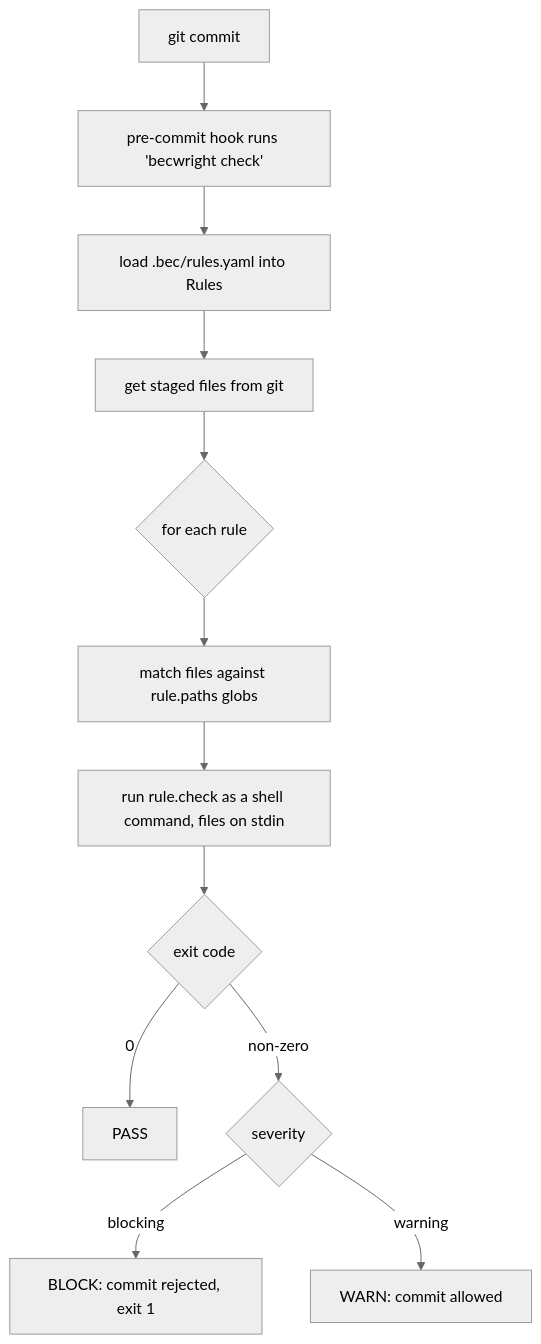
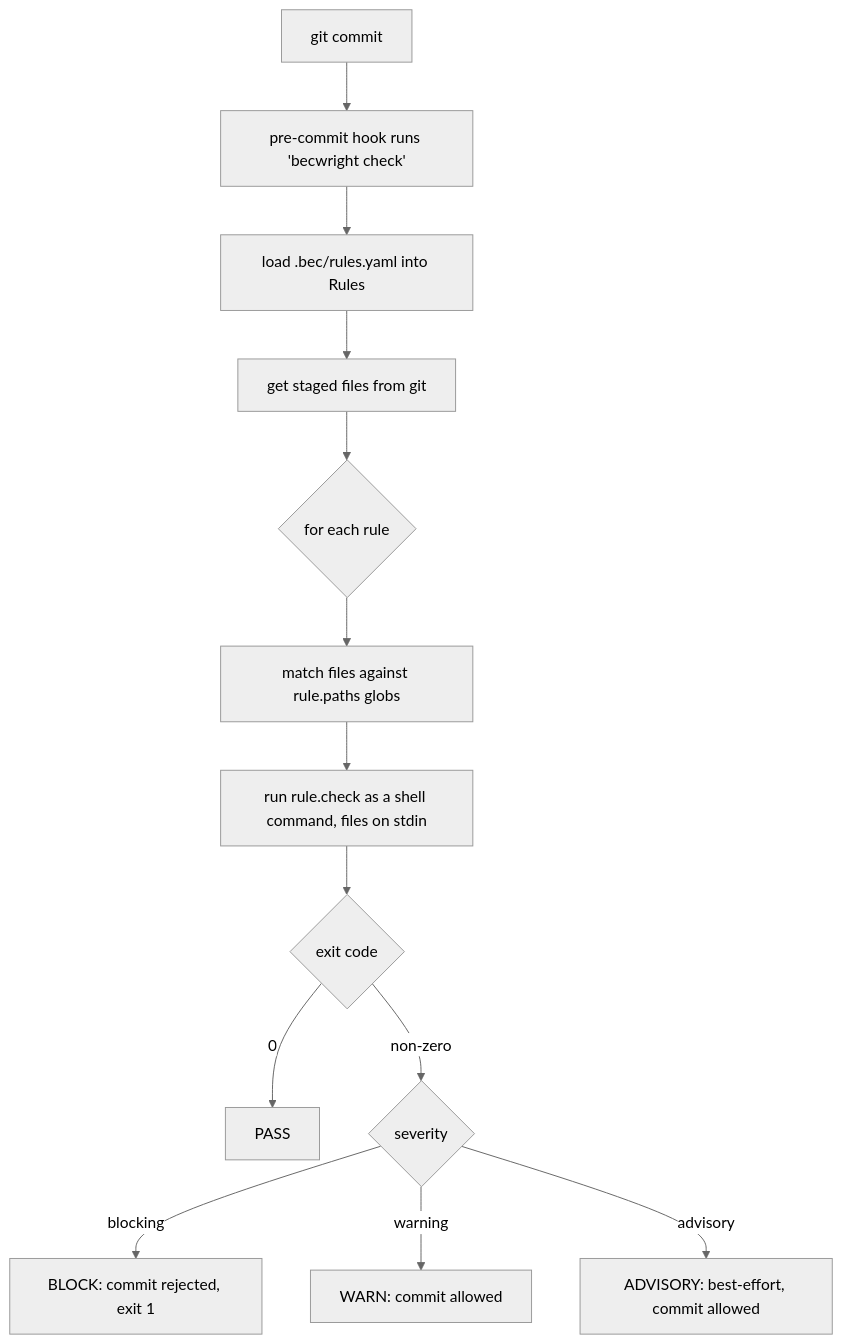
One commit to YasserYG8/becwright changed the diagram in documentation/architecture.md. Above: the diagram before and after it, drawn with Mermaid (neutral theme). The commit also changed other lines of this file and 3 other files, not shown here.

First line of the commit message:
docs: sync writing-checks & architecture with 0.4.0 (#55)

````diff
--- a/documentation/architecture.md
+++ b/documentation/architecture.md
@@ -32,14 +32,15 @@
 ```mermaid
 flowchart TD
     A[git commit] --> B["pre-commit hook runs 'becwright check'"]
     B --> C[load .bec/rules.yaml into Rules]
     C --> D[get staged files from git]
     D --> E{for each rule}
     E --> F[match files against rule.paths globs]
     F --> G["run rule.check as a shell command, files on stdin"]
     G --> H{exit code}
     H -->|0| I[PASS]
     H -->|non-zero| J{severity}
     J -->|blocking| K[BLOCK: commit rejected, exit 1]
     J -->|warning| L[WARN: commit allowed]
+    J -->|advisory| M[ADVISORY: best-effort, commit allowed]
 ```
````
